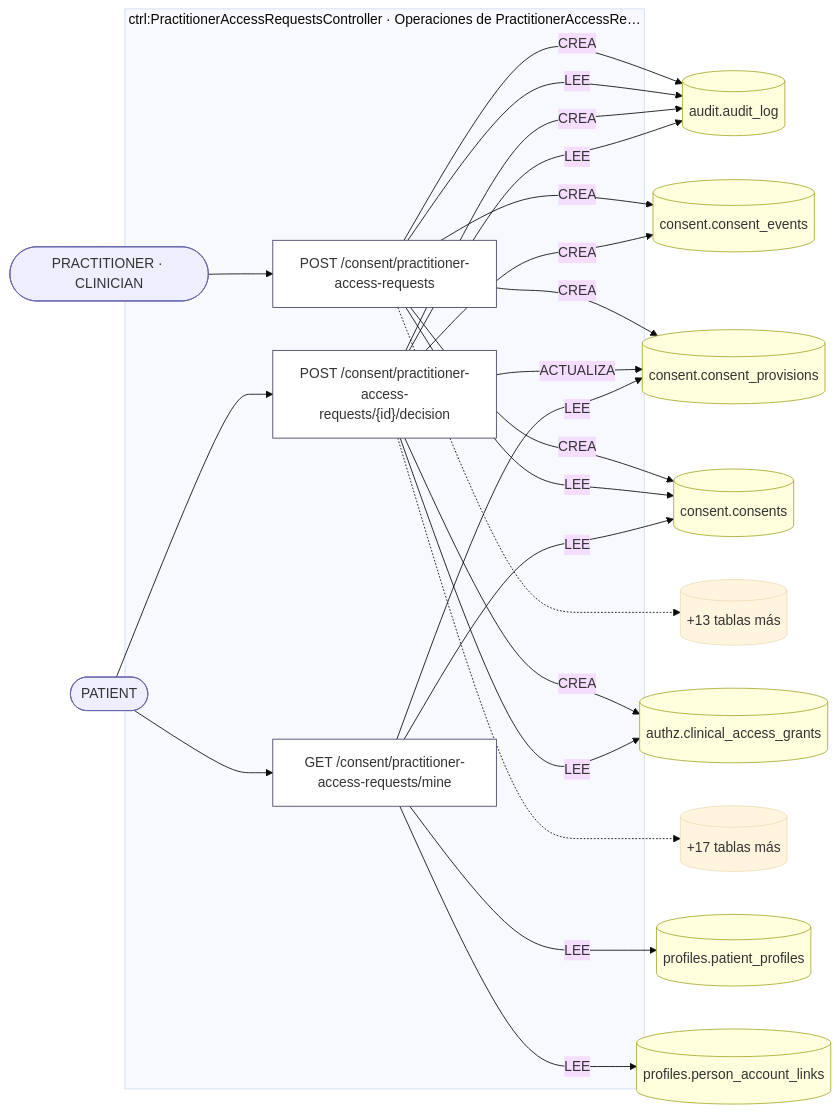
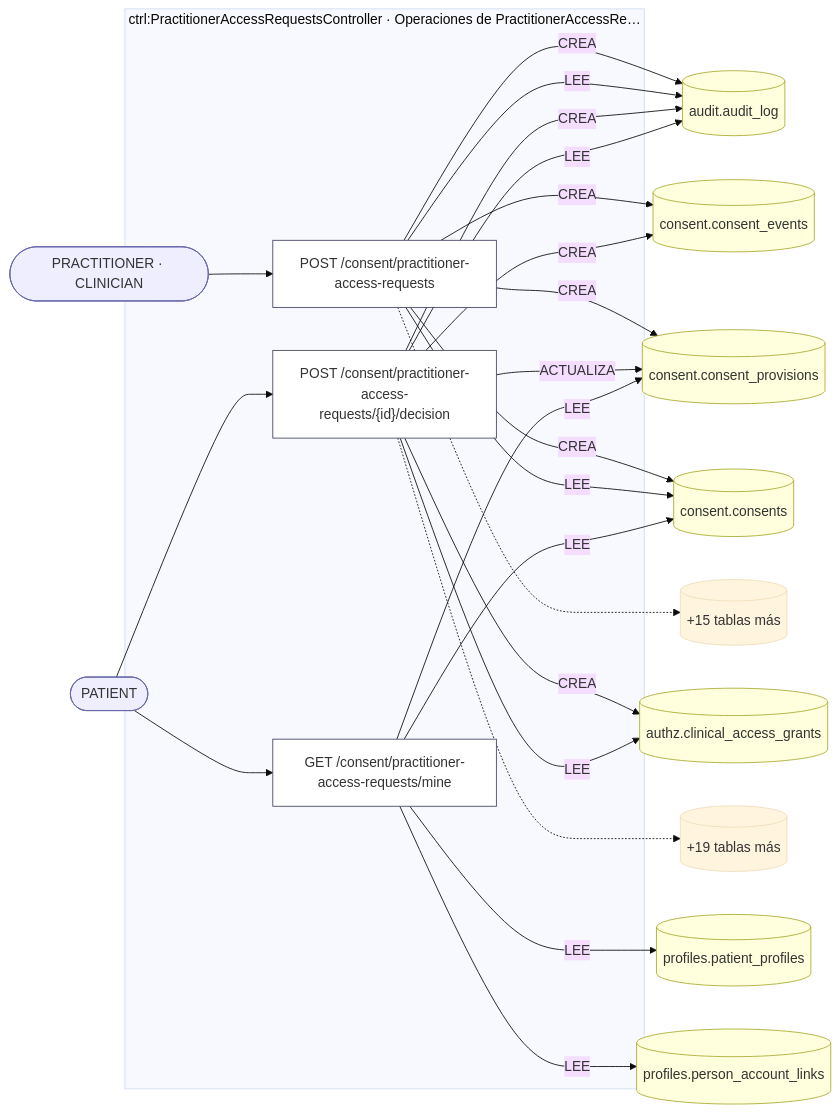
The second of 19 diagrams in docs/inventario/flujos/consent.md (mdavila-2001/mantra-core-health-api), drawn with Mermaid (base theme) before and after one commit. The commit also changed other lines of this file and 438 other files, not shown here.

````diff
--- a/docs/inventario/flujos/consent.md
+++ b/docs/inventario/flujos/consent.md
@@ -236,44 +243,44 @@
 ```mermaid
 flowchart LR
   a2(["PRACTITIONER · CLINICIAN"]):::actor
   a9(["PATIENT"]):::actor
   t3[("audit.audit_log")]:::tabla
   t4[("consent.consent_events")]:::tabla
   t5[("consent.consent_provisions")]:::tabla
   t6[("consent.consents")]:::tabla
   t10[("authz.clinical_access_grants")]:::tabla
   t13[("profiles.patient_profiles")]:::tabla
   t14[("profiles.person_account_links")]:::tabla
-  t7[("+13 tablas más")]
-  t11[("+17 tablas más")]
+  t7[("+15 tablas más")]
+  t11[("+19 tablas más")]
   subgraph s0["ctrl:PractitionerAccessRequestsController · Operaciones de PractitionerAccessRe…"]
     o1["POST /consent/practitioner-access-requests"]:::op
     o8["POST /consent/practitioner-access-requests/{id}/decision"]:::op
     o12["GET /consent/practitioner-access-requests/mine"]:::op
   end
   a2 --> o1
   o1 -->|"CREA"| t3
   o1 -->|"LEE"| t3
   o1 -->|"CREA"| t4
   o1 -->|"CREA"| t5
   o1 -->|"CREA"| t6
   o1 -->|"LEE"| t6
   o1 -.-> t7
   a9 --> o8
   o8 -->|"CREA"| t3
   o8 -->|"LEE"| t3
   o8 -->|"CREA"| t10
   o8 -->|"LEE"| t10
   o8 -->|"CREA"| t4
   o8 -->|"ACTUALIZA"| t5
   o8 -.-> t11
   a9 --> o12
   o12 -->|"LEE"| t5
   o12 -->|"LEE"| t6
   o12 -->|"LEE"| t13
   o12 -->|"LEE"| t14
   classDef op fill:#fff,stroke:#446
   classDef actor fill:#eef,stroke:#66a
   classDef tabla fill:#ffd,stroke:#aa3
   classDef evento fill:#efe,stroke:#3a3
 ```
````
